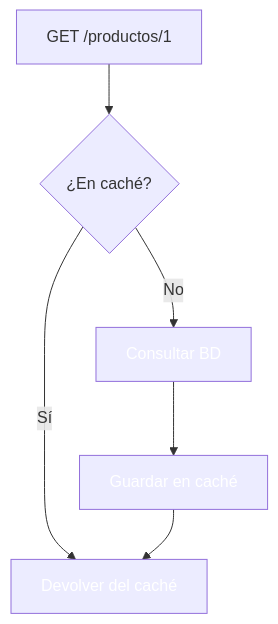
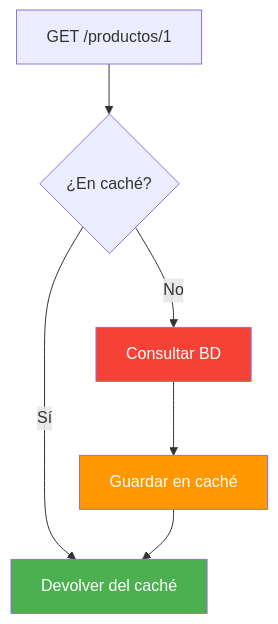
One commit to joseluisgs/DesarrolloWebEntornosServidor-02-2026-2027 changed the eighth of 17 diagrams in 14-cache-redis.md. Above: the diagram before and after it, drawn with Mermaid. The commit also changed other lines of this file, not shown here.

````diff
--- a/14-cache-redis.md
+++ b/14-cache-redis.md
@@ -300,11 +305,11 @@
 ```mermaid
 flowchart TD
     A["GET /productos/1"] --> B{"¿En caché?"}
     B -->|Sí| C["Devolver del caché"]
     B -->|No| D["Consultar BD"]
     D --> E["Guardar en caché"]
     E --> C
-    style C fill:#4CAF5,color:#fff0,color:#fff
-    style D fill:#f4433,color:#fff6,color:#fff
-    style E fill:#FF980,color:#fff0,color:#fff
+    style C fill:#4CAF50,color:#fff
+    style D fill:#F44336,color:#fff
+    style E fill:#FF9800,color:#fff
 ```
````
